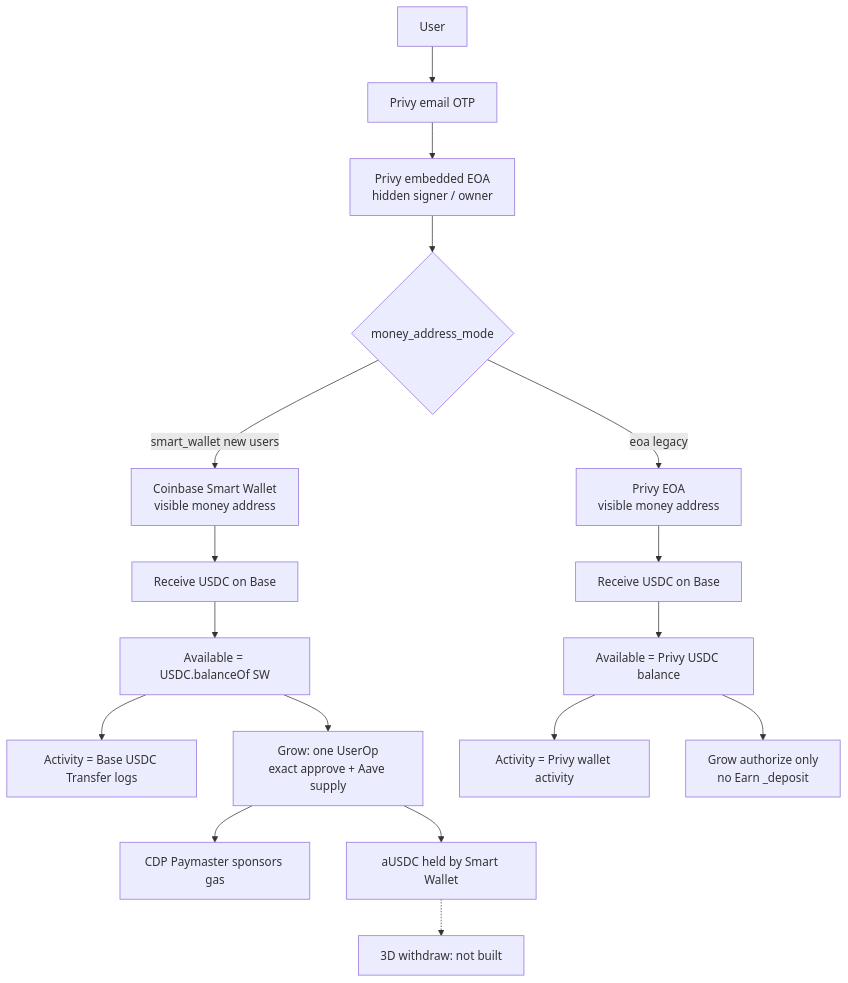
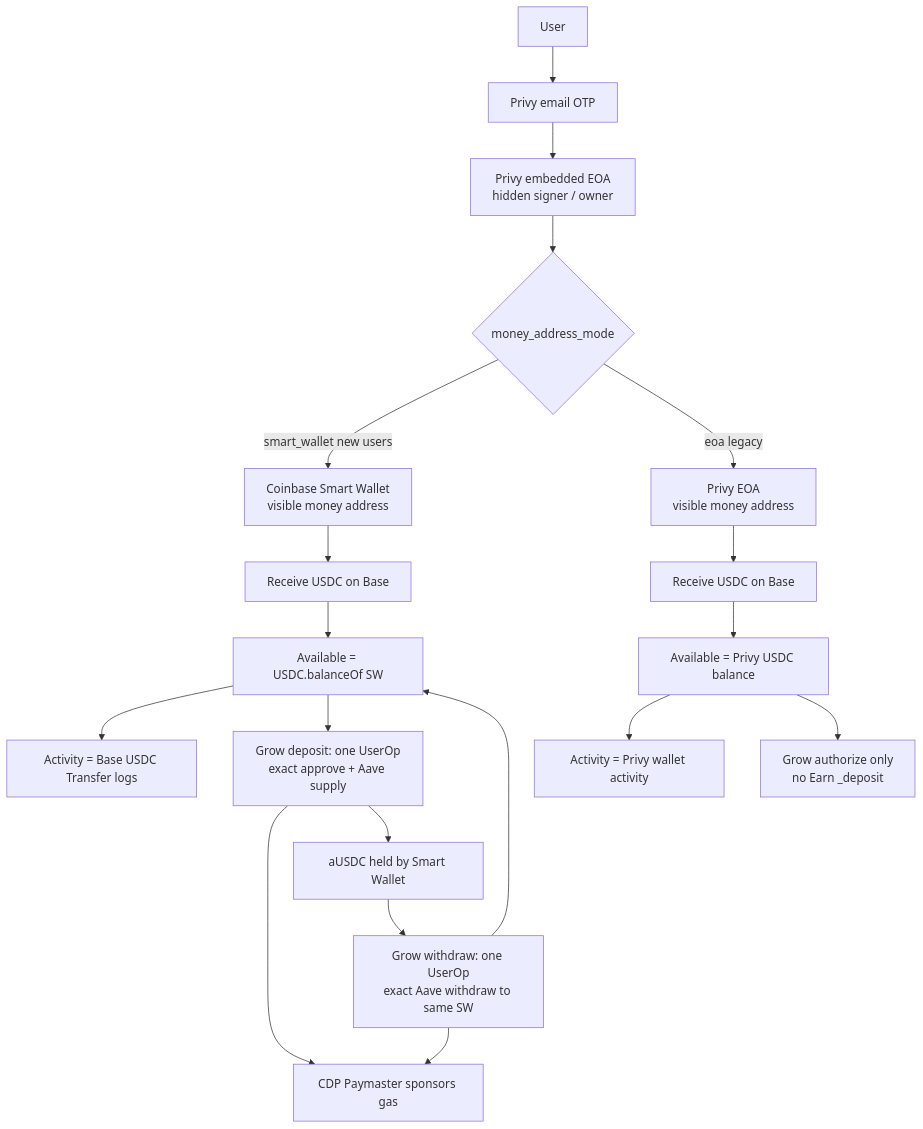
The diagram in docs/CurrentArchitecture.md (Evrlink/OlimpiaNeoBank), drawn with Mermaid before and after one commit. The commit also changed other lines of this file, not shown here.

````diff
--- a/docs/CurrentArchitecture.md
+++ b/docs/CurrentArchitecture.md
@@ -212,22 +274,24 @@
 ```mermaid
 flowchart TD
   user[User] --> privyAuth[Privy email OTP]
   privyAuth --> eoa[Privy embedded EOA<br/>hidden signer / owner]
   eoa --> mode{money_address_mode}
 
   mode -->|smart_wallet new users| sw[Coinbase Smart Wallet<br/>visible money address]
   mode -->|eoa legacy| eoaMoney[Privy EOA<br/>visible money address]
 
   sw --> receiveSW[Receive USDC on Base]
   receiveSW --> availSW[Available = USDC.balanceOf SW]
   availSW --> actSW[Activity = Base USDC Transfer logs]
-  availSW --> growSW[Grow: one UserOp<br/>exact approve + Aave supply]
+  availSW --> growSW[Grow deposit: one UserOp<br/>exact approve + Aave supply]
   growSW --> paymaster[CDP Paymaster sponsors gas]
   growSW --> ausdc[aUSDC held by Smart Wallet]
-  ausdc -.-> withdrawMissing[3D withdraw: not built]
+  ausdc --> withdrawSW[Grow withdraw: one UserOp<br/>exact Aave withdraw to same SW]
+  withdrawSW --> paymaster
+  withdrawSW --> availSW
 
   eoaMoney --> receiveEOA[Receive USDC on Base]
   receiveEOA --> availEOA[Available = Privy USDC balance]
   availEOA --> actEOA[Activity = Privy wallet activity]
   availEOA --> authEOA[Grow authorize only<br/>no Earn _deposit]
 ```
````
